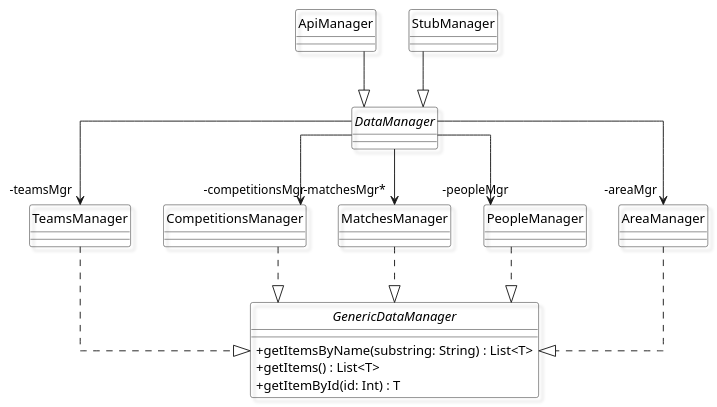
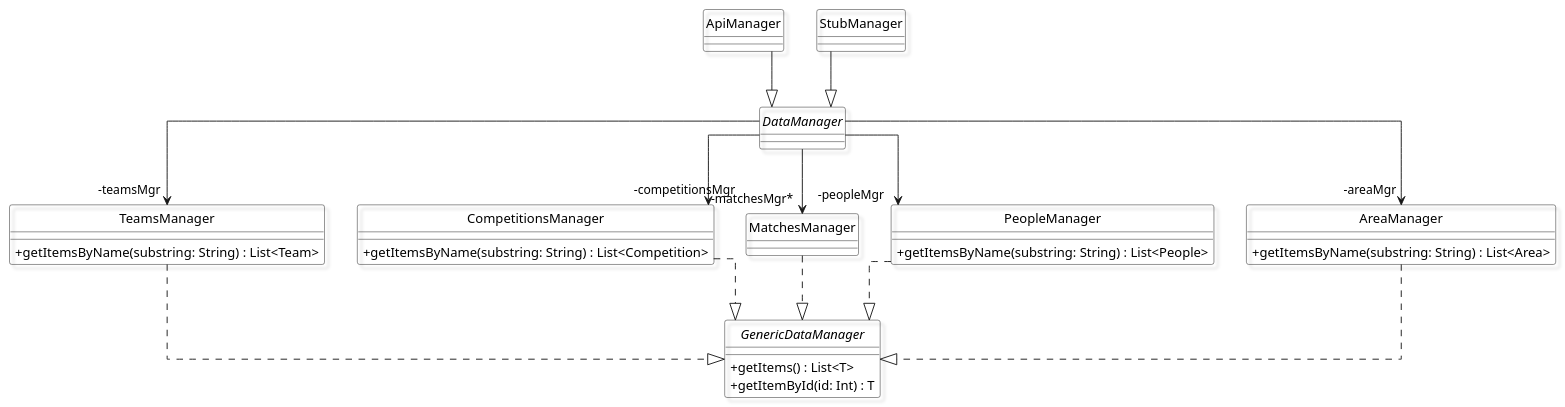
The second of 2 diagrams in README.md (Emree63/Scor_It), drawn with PlantUML before and after one commit.

Commit message:
Mise à jour de 'README.md'

````diff
--- a/README.md
+++ b/README.md
@@ -152,62 +152,65 @@
 ```plantuml
 @startuml
 skinparam defaultFontName Tahoma
 skinparam classAttributeIconSize 0
 skinparam monochrome true
 skinparam shadowing true
 skinparam linetype ortho
 skinparam class {
     BackgroundColor transparent
 }
 skinparam package {
     BackgroundColor transparent
 }
 hide circle
 
 interface GenericDataManager {
-    +getItemsByName(substring: String) : List<T>
     +getItems() : List<T>
     +getItemById(id: Int) : T
 }
 
 class TeamsManager {
+    +getItemsByName(substring: String) : List<Team>
 }
 
 class CompetitionsManager {
+    +getItemsByName(substring: String) : List<Competition>
 }
 
 class MatchesManager {
 }
 
 class PeopleManager {
+    +getItemsByName(substring: String) : List<People>
 }
 
 class AreaManager {
+    +getItemsByName(substring: String) : List<Area>
 }
 
 abstract class DataManager {
 }
 
 class ApiManager {
 }
 
 class StubManager {
 }
 
 AreaManager ..|> GenericDataManager
 PeopleManager ..|> GenericDataManager
 MatchesManager ..|> GenericDataManager
 CompetitionsManager ..|> GenericDataManager
 TeamsManager ..|> GenericDataManager
 
 DataManager --> "-areaMgr" AreaManager
 DataManager --> "-peopleMgr" PeopleManager
 DataManager --> "-matchesMgr*" MatchesManager
 DataManager --> "-competitionsMgr" CompetitionsManager
 DataManager --> "-teamsMgr" TeamsManager
 
 ApiManager --|> DataManager
 StubManager --|> DataManager
 
 @enduml
 ```
````
